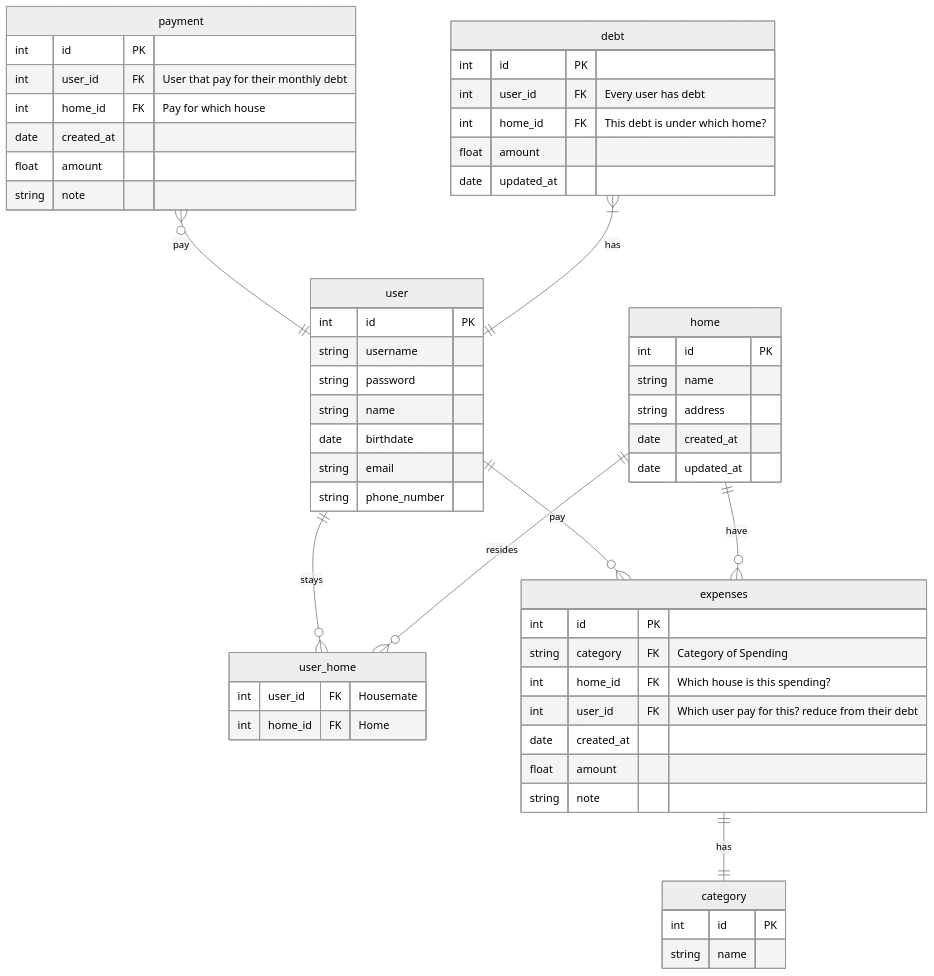
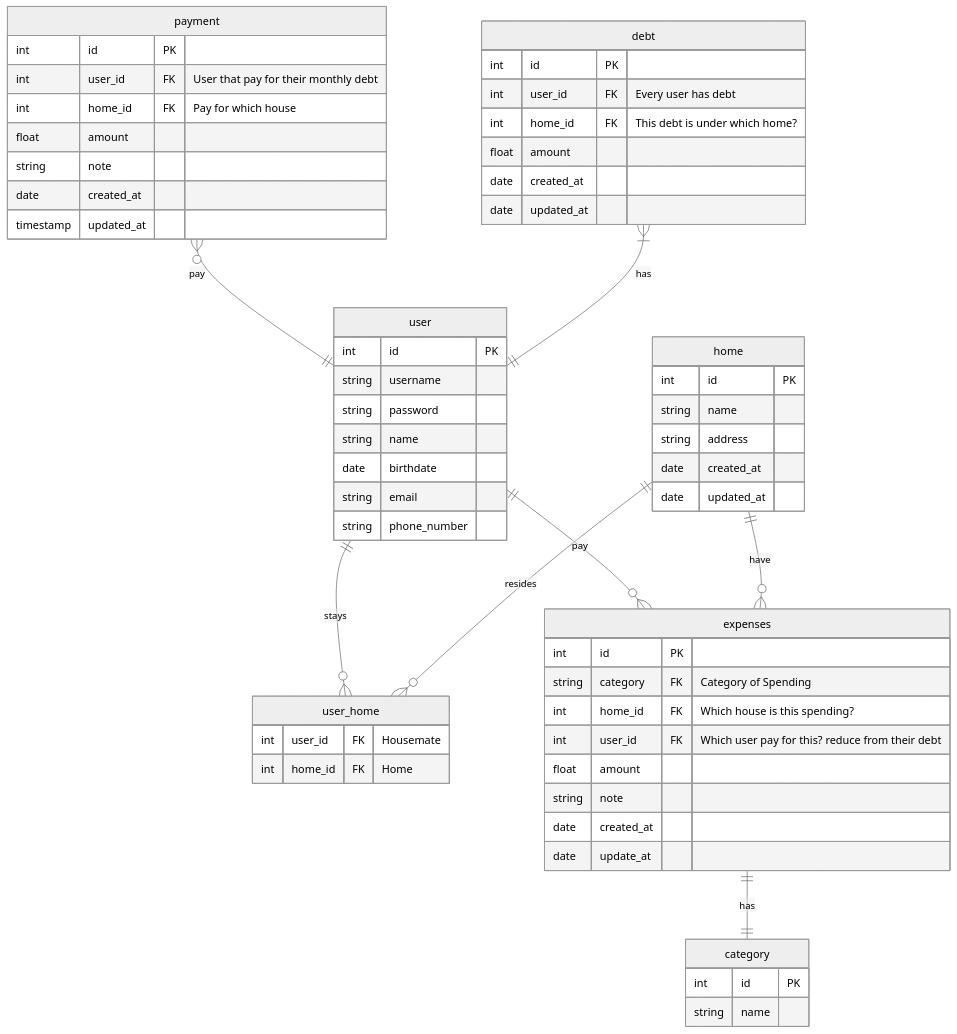
Before and after one commit to Skyquek/Trip-Bill-Management-System: the diagram in mini-project/Readme.md, drawn with Mermaid (neutral theme).

Commit message:
Added created at and updated at fields for payment, debt, expenses, home

````diff
--- a/mini-project/Readme.md
+++ b/mini-project/Readme.md
@@ -56,69 +56,72 @@
 ```mermaid
 erDiagram
     user ||--o{ user_home : stays
     user ||--o{ expenses : pay
     user {
         int id PK
         string username
         string password
         string name
         date birthdate
         string email
         string phone_number
     }
     
     home ||--o{ user_home : resides
     home ||--o{ expenses : have
     home {
         int id PK
         string name
         string address
         date created_at
         date updated_at
     }
 
     user_home {
         int user_id FK "Housemate"
         int home_id FK "Home"
     }
 
     expenses ||--|| category: "has"
     expenses {
         int id PK
         string category FK "Category of Spending"
         int home_id FK "Which house is this spending?"
         int user_id FK "Which user pay for this? reduce from their debt"
-        date created_at
         float amount
         string note
+        date created_at
+        date update_at
     }
 
     category {
         int id PK
         string name
     }
 
     payment o{--|| user: pay
     payment {
         int id PK
         int user_id FK "User that pay for their monthly debt"
         int home_id FK "Pay for which house"
-        date created_at
         float amount
         string note
+        date created_at
+        timestamp updated_at
     }
 
     debt |{--|| user : "has"
     debt {
         int id PK
         int user_id FK "Every user has debt"
         int home_id FK "This debt is under which home?"
         float amount
+        date created_at
         date updated_at
     }
 
     
 
 
 
 ```
````
